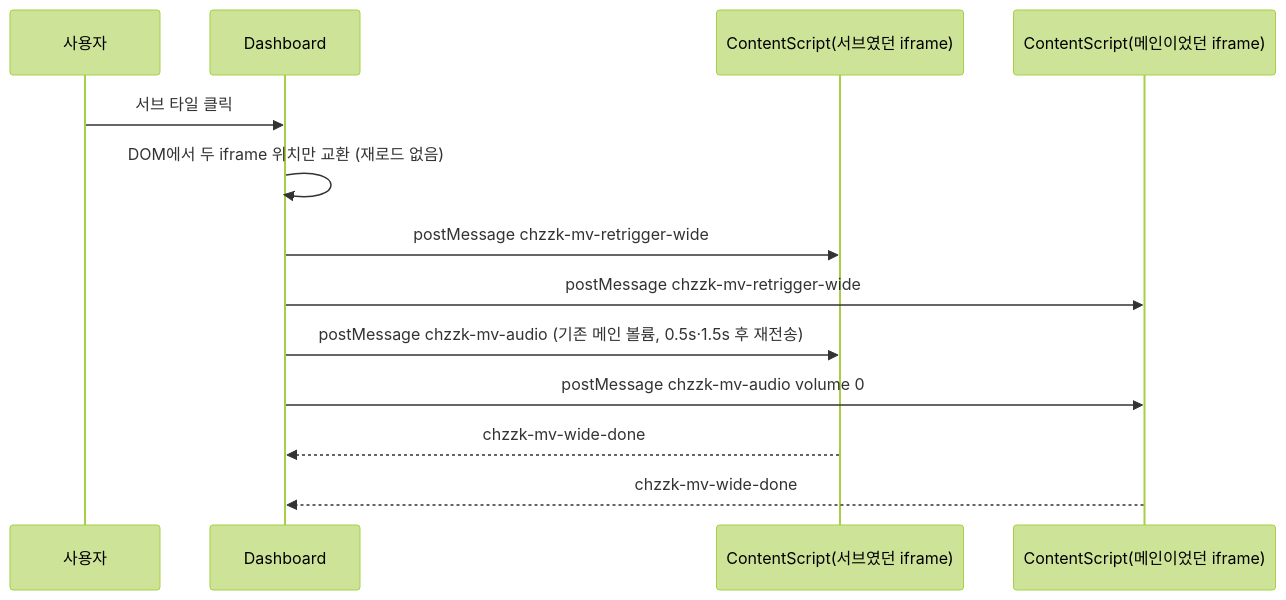
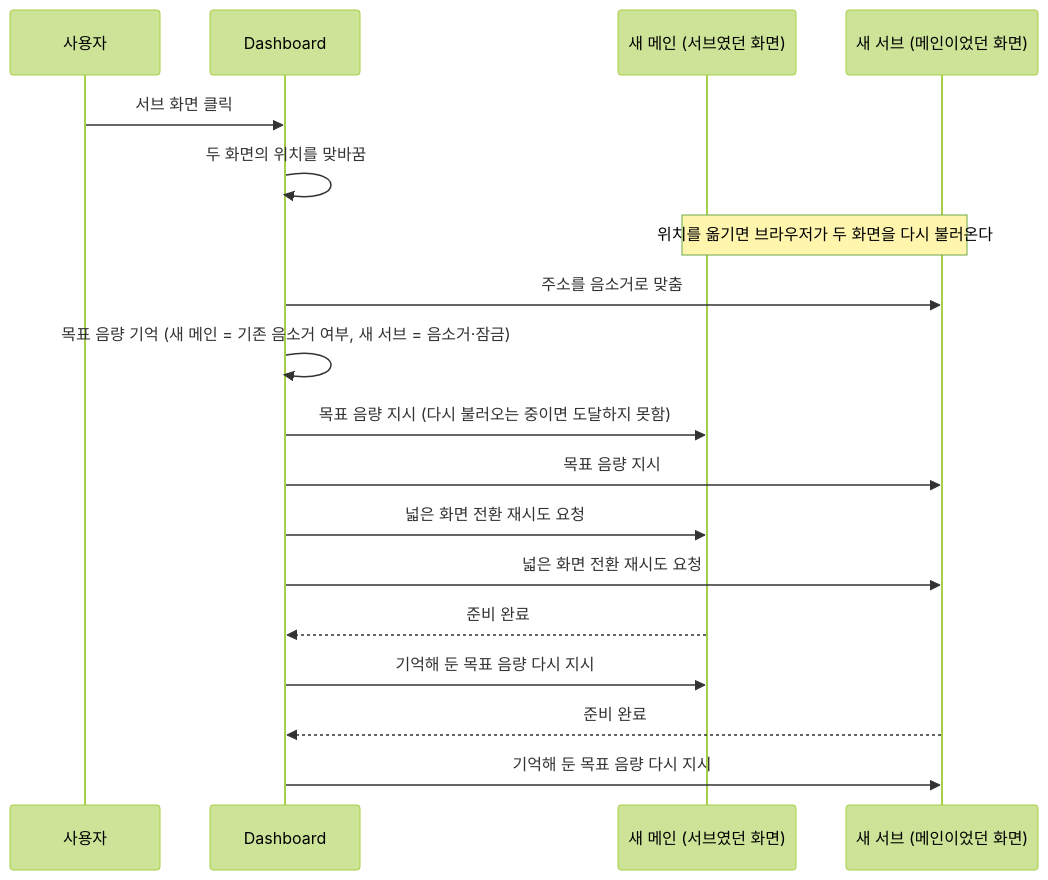
One commit to QYnote/ChzzkMultiViewer changed the second of 3 diagrams in document/Flows.md. Above: the diagram before and after it, drawn with Mermaid (forest theme). The commit also changed other lines of this file and 11 other files, not shown here.

````diff
--- a/document/Flows.md
+++ b/document/Flows.md
@@ -37,16 +37,21 @@
 ```mermaid
 sequenceDiagram
   participant U as 사용자
   participant D as Dashboard
-  participant CSsub as ContentScript(서브였던 iframe)
-  participant CSmain as ContentScript(메인이었던 iframe)
+  participant NEW as 새 메인 (서브였던 화면)
+  participant OLD as 새 서브 (메인이었던 화면)
 
-  U->>D: 서브 타일 클릭
-  D->>D: DOM에서 두 iframe 위치만 교환 (재로드 없음)
-  D->>CSsub: postMessage chzzk-mv-retrigger-wide
-  D->>CSmain: postMessage chzzk-mv-retrigger-wide
-  D->>CSsub: postMessage chzzk-mv-audio (기존 메인 볼륨, 0.5s·1.5s 후 재전송)
-  D->>CSmain: postMessage chzzk-mv-audio volume 0
-  CSsub-->>D: chzzk-mv-wide-done
-  CSmain-->>D: chzzk-mv-wide-done
+  U->>D: 서브 화면 클릭
+  D->>D: 두 화면의 위치를 맞바꿈
+  Note over NEW,OLD: 위치를 옮기면 브라우저가 두 화면을 다시 불러온다
+  D->>OLD: 주소를 음소거로 맞춤
+  D->>D: 목표 음량 기억 (새 메인 = 기존 음소거 여부, 새 서브 = 음소거·잠금)
+  D->>NEW: 목표 음량 지시 (다시 불러오는 중이면 도달하지 못함)
+  D->>OLD: 목표 음량 지시
+  D->>NEW: 넓은 화면 전환 재시도 요청
+  D->>OLD: 넓은 화면 전환 재시도 요청
+  NEW-->>D: 준비 완료
+  D->>NEW: 기억해 둔 목표 음량 다시 지시
+  OLD-->>D: 준비 완료
+  D->>OLD: 기억해 둔 목표 음량 다시 지시
 ```
````
